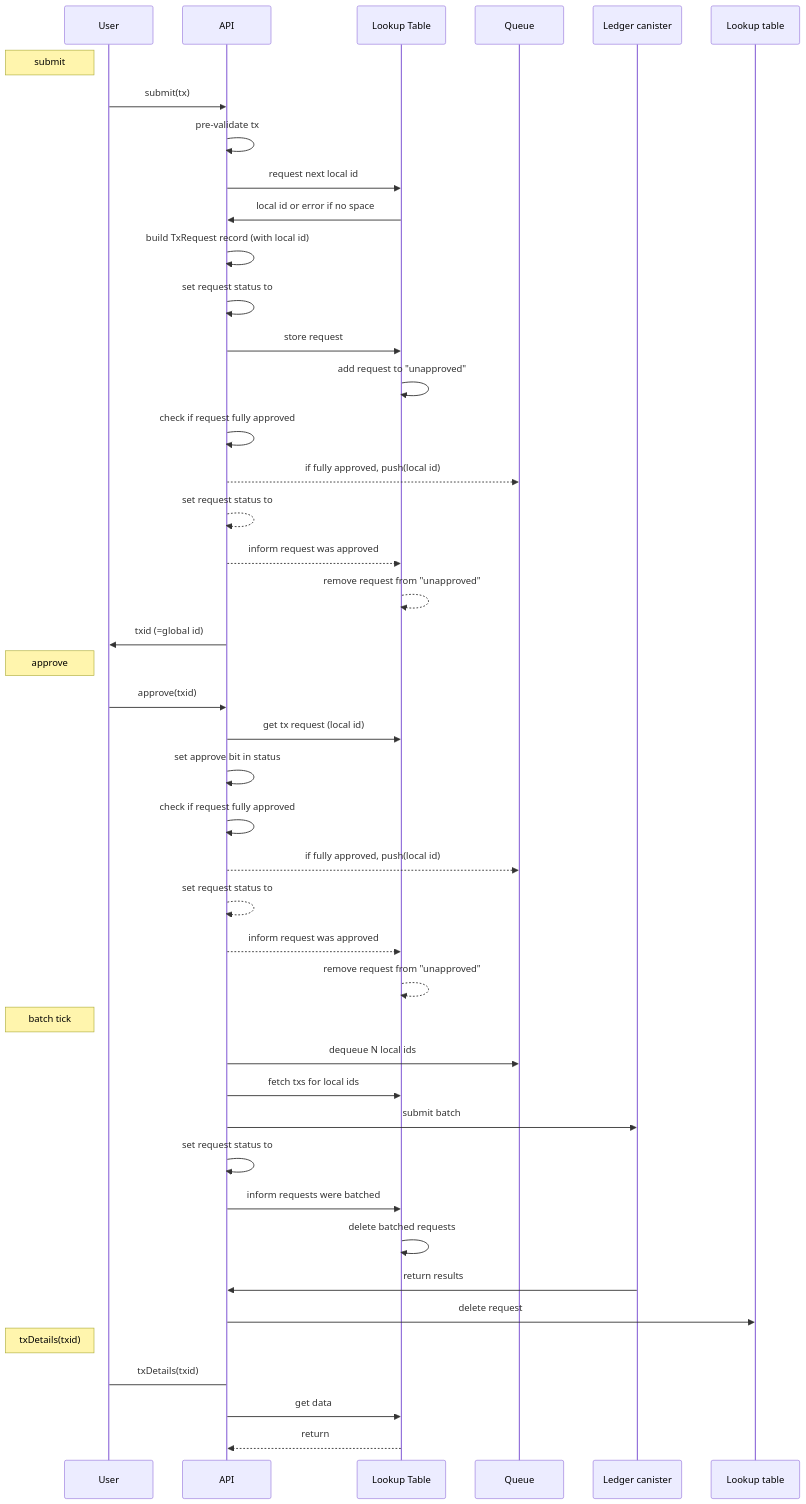
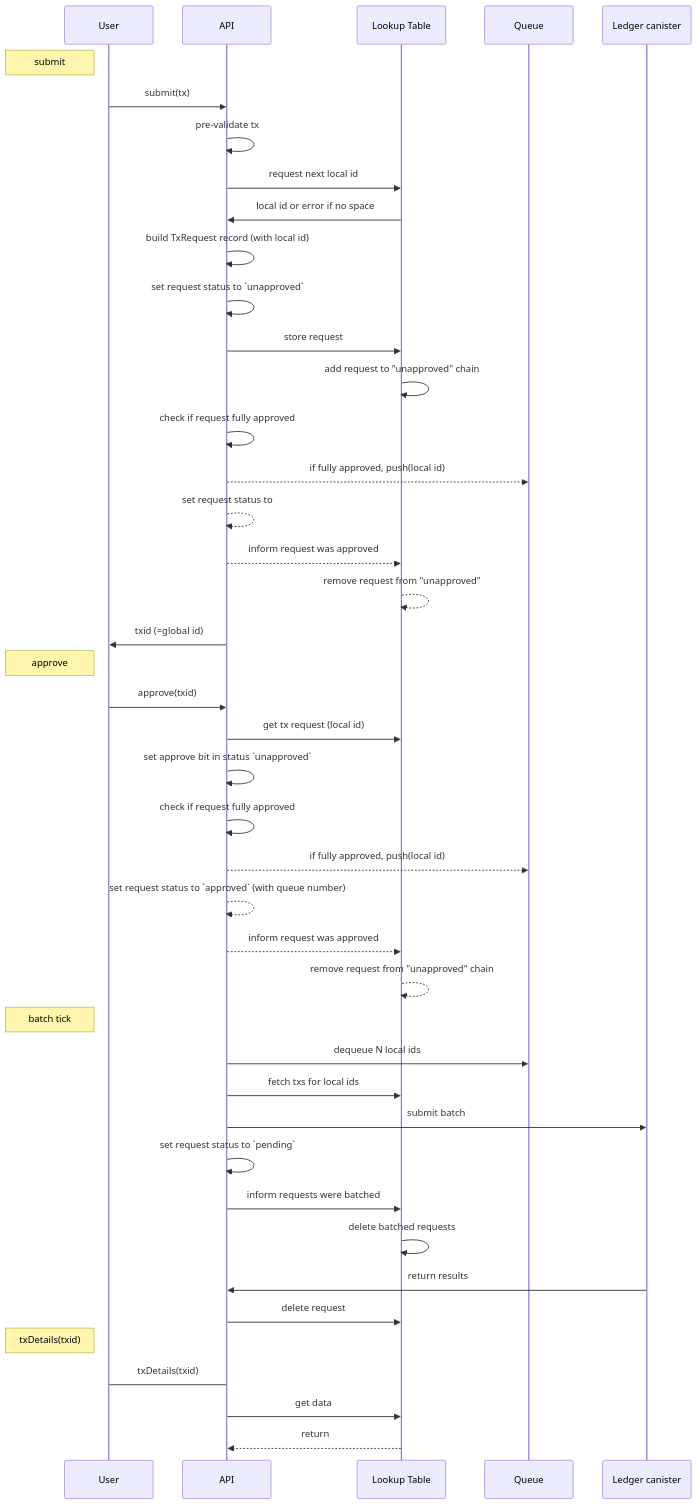
Before and after one commit to research-ag/hpl: the diagram in README.md, drawn with Mermaid.

````diff
--- a/README.md
+++ b/README.md
@@ -155,40 +155,40 @@
 ```mermaid
 sequenceDiagram
     Note left of User: submit
     User->>API: submit(tx)
     API->>API: pre-validate tx 
     API->>Lookup Table: request next local id
     Lookup Table->>API: local id or error if no space
     API->>API: build TxRequest record (with local id)
-    API->>API: set request status to #unapproved
+    API->>API: set request status to `unapproved`
     API->>Lookup Table: store request
-    Lookup Table->>Lookup Table: add request to "unapproved"
+    Lookup Table->>Lookup Table: add request to "unapproved" chain
     API->>API: check if request fully approved
     API-->>Queue: if fully approved, push(local id)
     API-->>API: set request status to #approved (with queue number)
     API-->>Lookup Table: inform request was approved
     Lookup Table-->>Lookup Table: remove request from "unapproved"
     API->>User: txid (=global id) 
     Note left of User: approve
     User->>API: approve(txid)
     API->>Lookup Table: get tx request (local id) 
-    API->>API: set approve bit in status #unapproved
+    API->>API: set approve bit in status `unapproved`
     API->>API: check if request fully approved
     API-->>Queue: if fully approved, push(local id)
-    API-->>API: set request status to #approved (with queue number)
+    API-->>API: set request status to `approved` (with queue number)
     API-->>Lookup Table: inform request was approved
-    Lookup Table-->>Lookup Table: remove request from "unapproved"
+    Lookup Table-->>Lookup Table: remove request from "unapproved" chain
     Note left of User: batch tick
     API->>Queue: dequeue N local ids
     API->>Lookup Table: fetch txs for local ids
     API->>Ledger canister: submit batch
-    API->>API: set request status to #pending
+    API->>API: set request status to `pending`
     API->>Lookup Table: inform requests were batched
     Lookup Table->>Lookup Table: delete batched requests
     Ledger canister->>API: return results
-    API->>Lookup table: delete request
+    API->>Lookup Table: delete request
     Note left of User: txDetails(txid)
     User->API: txDetails(txid)
     API->>Lookup Table: get data
     Lookup Table-->>API: return
 ```
````
